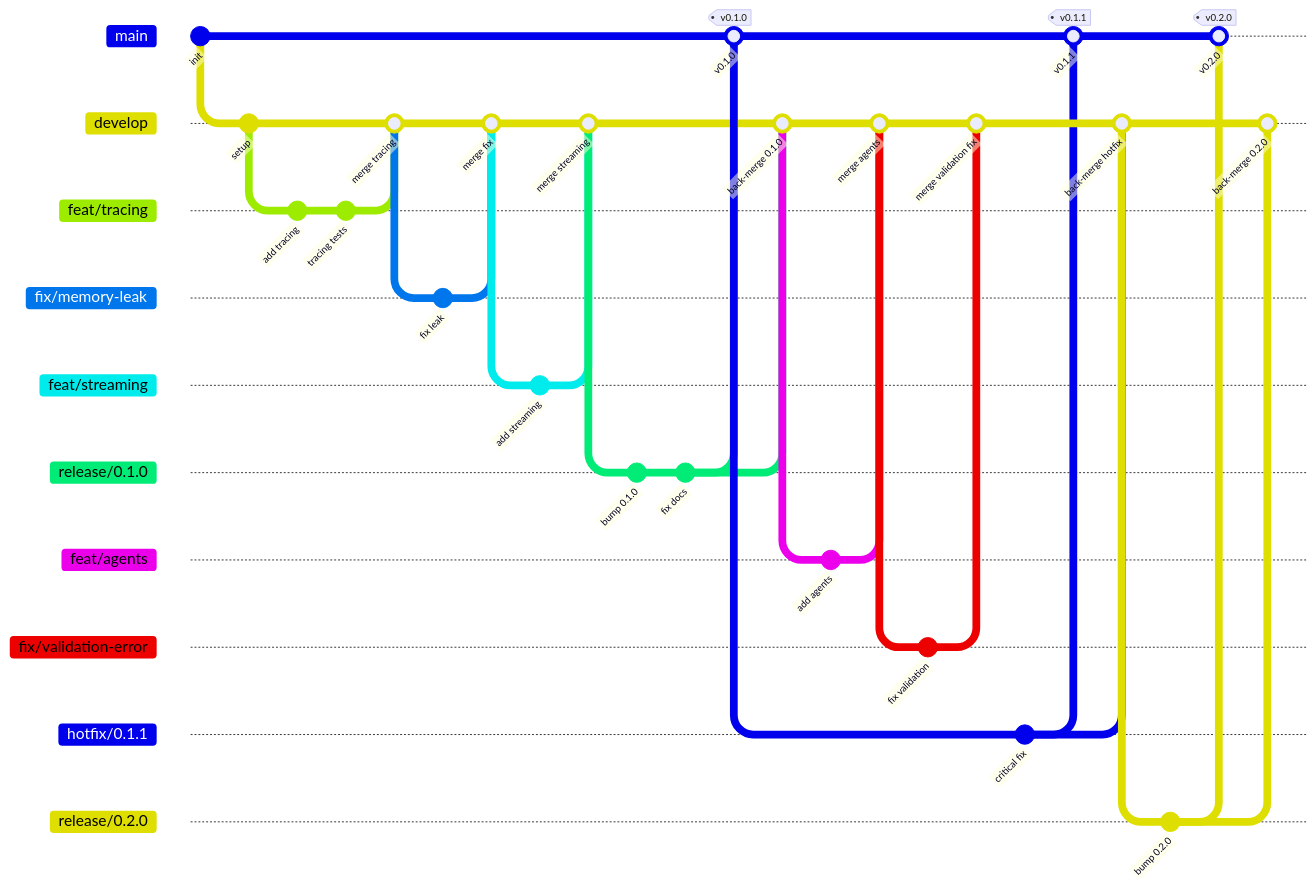
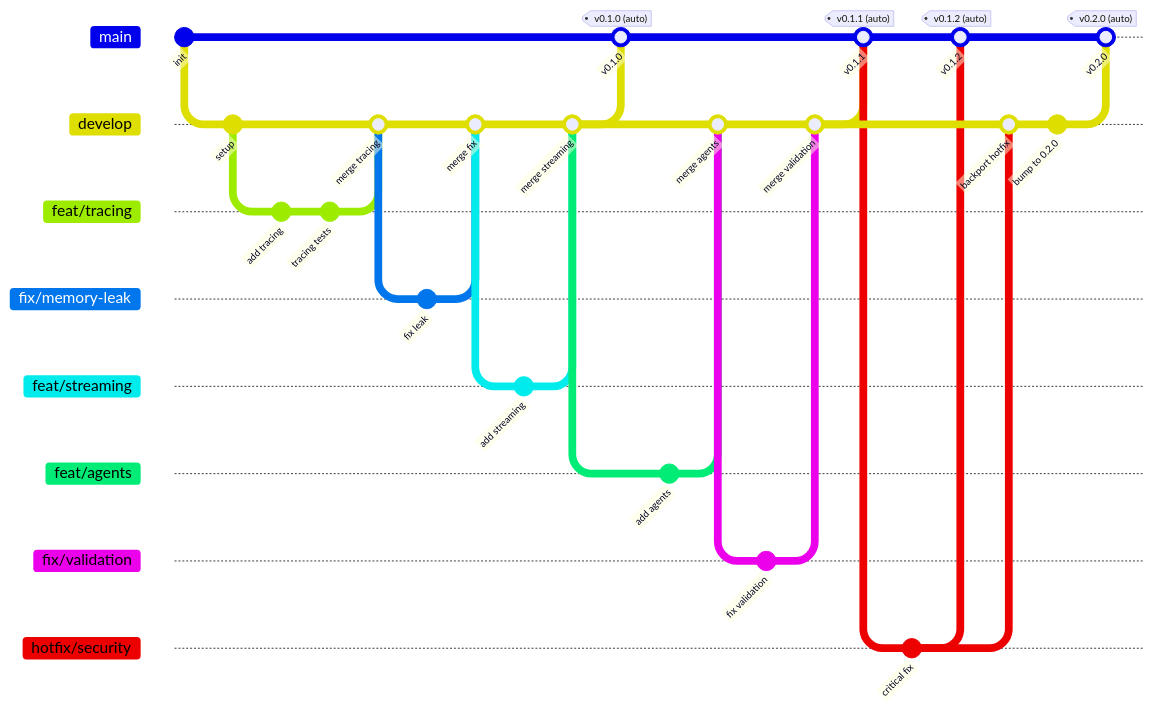
Before and after one commit to unified-ui/unifiedui-sdk: the diagram in README.md, drawn with Mermaid. The commit also changed other lines of this file and 2 other files, not shown here.

Commit message:
ci: update branch naming and target validation rules; simplify branching strategy with auto-versioning

````diff
--- a/README.md
+++ b/README.md
@@ -283,65 +283,59 @@
 ```mermaid
 gitGraph
     commit id: "init"
     branch develop
     checkout develop
     commit id: "setup"
 
     branch feat/tracing
     checkout feat/tracing
     commit id: "add tracing"
     commit id: "tracing tests"
     checkout develop
     merge feat/tracing id: "merge tracing"
 
     branch fix/memory-leak
     checkout fix/memory-leak
     commit id: "fix leak"
     checkout develop
     merge fix/memory-leak id: "merge fix"
 
     branch feat/streaming
     checkout feat/streaming
     commit id: "add streaming"
     checkout develop
     merge feat/streaming id: "merge streaming"
 
-    branch release/0.1.0
-    checkout release/0.1.0
-    commit id: "bump 0.1.0"
-    commit id: "fix docs"
     checkout main
-    merge release/0.1.0 id: "v0.1.0" tag: "v0.1.0"
-    checkout develop
-    merge release/0.1.0 id: "back-merge 0.1.0"
+    merge develop id: "v0.1.0" tag: "v0.1.0 (auto)"
 
     checkout develop
     branch feat/agents
     checkout feat/agents
     commit id: "add agents"
     checkout develop
     merge feat/agents id: "merge agents"
 
-    branch fix/validation-error
-    checkout fix/validation-error
+    branch fix/validation
+    checkout fix/validation
     commit id: "fix validation"
     checkout develop
-    merge fix/validation-error id: "merge validation fix"
+    merge fix/validation id: "merge validation"
 
     checkout main
-    branch hotfix/0.1.1
-    checkout hotfix/0.1.1
+    merge develop id: "v0.1.1" tag: "v0.1.1 (auto)"
+
+    checkout main
+    branch hotfix/security
+    checkout hotfix/security
     commit id: "critical fix"
     checkout main
-    merge hotfix/0.1.1 id: "v0.1.1" tag: "v0.1.1"
+    merge hotfix/security id: "v0.1.2" tag: "v0.1.2 (auto)"
     checkout develop
-    merge hotfix/0.1.1 id: "back-merge hotfix"
+    merge hotfix/security id: "backport hotfix"
 
-    branch release/0.2.0
-    checkout release/0.2.0
-    commit id: "bump 0.2.0"
+    checkout develop
+    commit id: "bump to 0.2.0"
     checkout main
-    merge release/0.2.0 id: "v0.2.0" tag: "v0.2.0"
-    checkout develop
-    merge release/0.2.0 id: "back-merge 0.2.0"
+    merge develop id: "v0.2.0" tag: "v0.2.0 (auto)"
 ```
````
